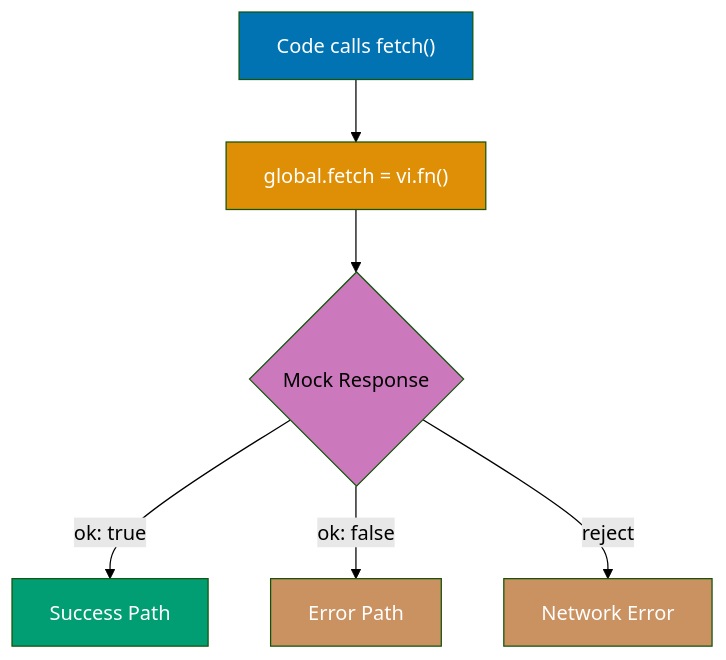
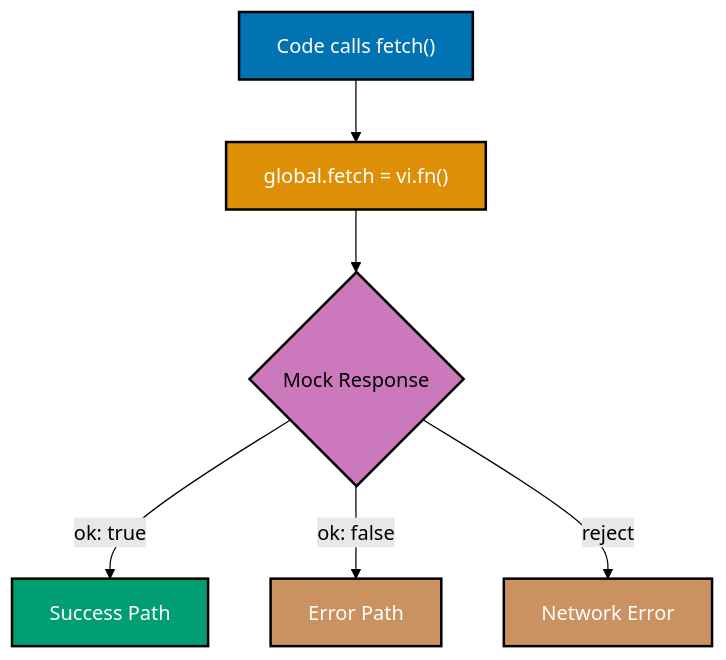
One commit to wahidyankf/open-sharia-enterprise changed the fourth of 9 diagrams in apps/ayokoding-web/content/en/learn/software-engineering/automation-testing/tools/vitest/by-example/intermediate.md. Above: the diagram before and after it, drawn with Mermaid (forest theme). The commit also changed other lines of this file and 13 other files, not shown here.

````diff
--- a/apps/ayokoding-web/content/en/learn/software-engineering/automation-testing/tools/vitest/by-example/intermediate.md
+++ b/apps/ayokoding-web/content/en/learn/software-engineering/automation-testing/tools/vitest/by-example/intermediate.md
@@ -456,16 +456,16 @@
 ```mermaid
 %% Color Palette: Blue #0173B2, Orange #DE8F05, Teal #029E73, Purple #CC78BC, Brown #CA9161
 graph TD
     A["Code calls fetch#40;#41;"] --> B["global.fetch = vi.fn#40;#41;"]
     B --> C{"Mock Response"}
     C -->|ok: true| D["Success Path"]
     C -->|ok: false| E["Error Path"]
     C -->|reject| F["Network Error"]
 
-    style A fill:#0173B2,color:#fff
-    style B fill:#DE8F05,color:#fff
-    style C fill:#CC78BC,color:#000
-    style D fill:#029E73,color:#fff
-    style E fill:#CA9161,color:#fff
-    style F fill:#CA9161,color:#fff
+    style A fill:#0173B2,stroke:#000000,stroke-width:2px,color:#fff
+    style B fill:#DE8F05,stroke:#000000,stroke-width:2px,color:#fff
+    style C fill:#CC78BC,stroke:#000000,stroke-width:2px,color:#000
+    style D fill:#029E73,stroke:#000000,stroke-width:2px,color:#fff
+    style E fill:#CA9161,stroke:#000000,stroke-width:2px,color:#fff
+    style F fill:#CA9161,stroke:#000000,stroke-width:2px,color:#fff
 ```
````
